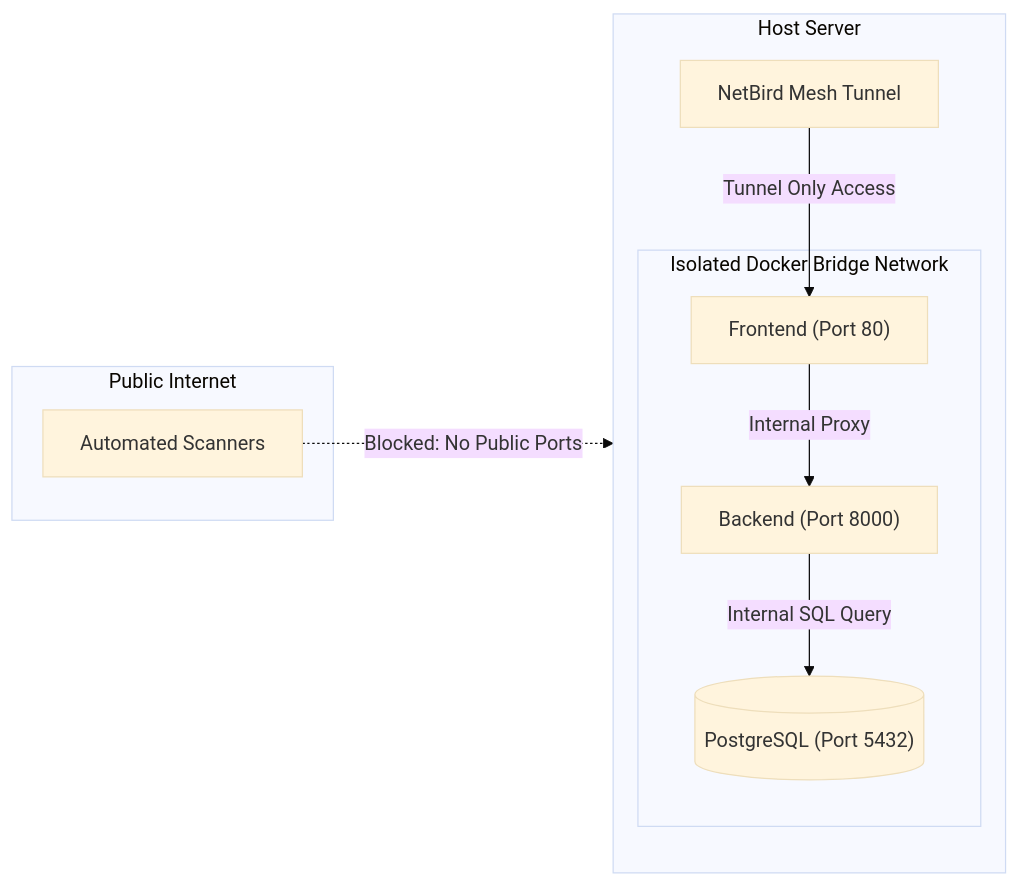
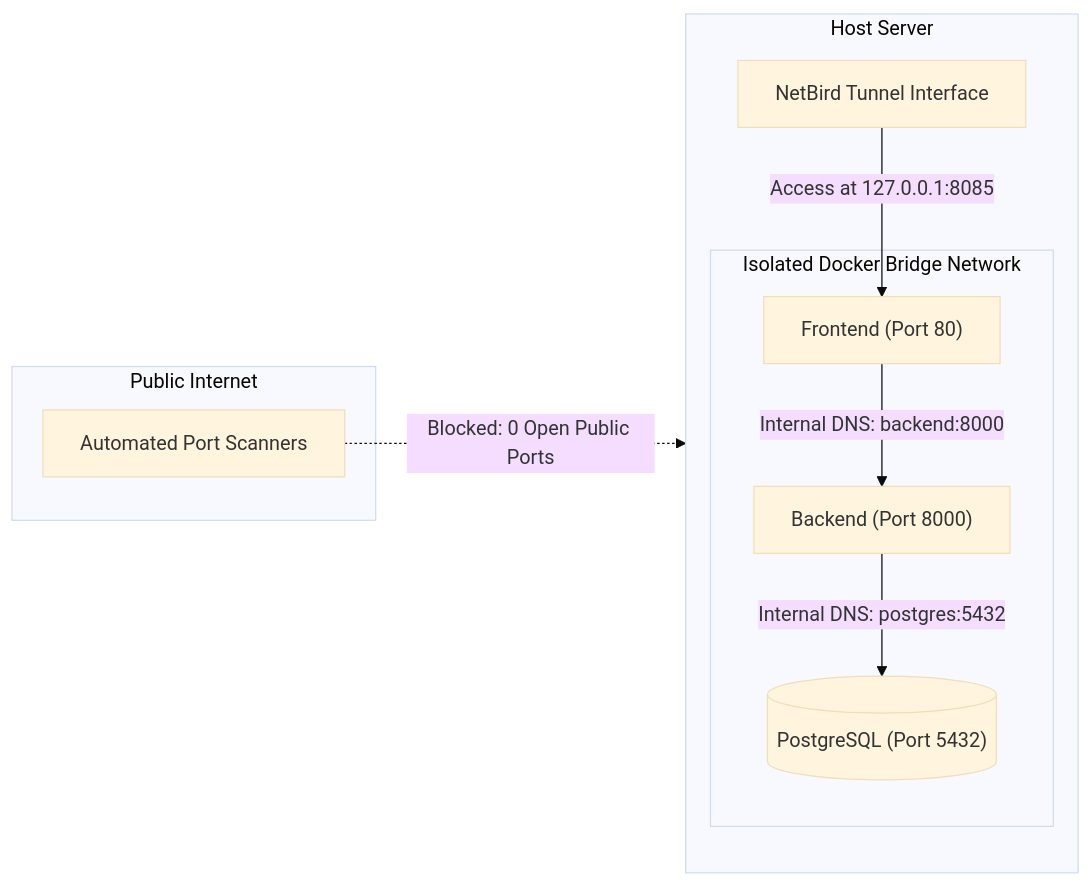
Before and after one commit to Pascal-Thommen/pascal-thommen.github.io: the third of 4 diagrams in content/posts/upa-campus-app-architecture-part-2/index.en.md, drawn with Mermaid (base theme). The commit also changed other lines of this file and 20 other files, not shown here.

Commit message:
feat(posts): refine UPA Campus App architecture series with holistic webapp mental model and specification depth

````diff
--- a/content/posts/upa-campus-app-architecture-part-2/index.en.md
+++ b/content/posts/upa-campus-app-architecture-part-2/index.en.md
@@ -218,18 +211,18 @@
 ```mermaid
 flowchart LR
     subgraph PublicInternet["Public Internet"]
-        Attacker["Automated Scanners"]
+        Attacker["Automated Port Scanners"]
     end
     subgraph HostServer["Host Server"]
-        NetBird["NetBird Mesh Tunnel"]
+        NetBird["NetBird Tunnel Interface"]
         subgraph DockerBridge["Isolated Docker Bridge Network"]
             Frontend["Frontend (Port 80)"]
             Backend["Backend (Port 8000)"]
             DB[("PostgreSQL (Port 5432)")]
         end
     end
-    Attacker -.->|Blocked: No Public Ports| HostServer
-    NetBird -->|Tunnel Only Access| Frontend
-    Frontend -->|Internal Proxy| Backend
-    Backend -->|Internal SQL Query| DB
+    Attacker -.->|Blocked: 0 Open Public Ports| HostServer
+    NetBird -->|Access at 127.0.0.1:8085| Frontend
+    Frontend -->|Internal DNS: backend:8000| Backend
+    Backend -->|Internal DNS: postgres:5432| DB
 ```
````
